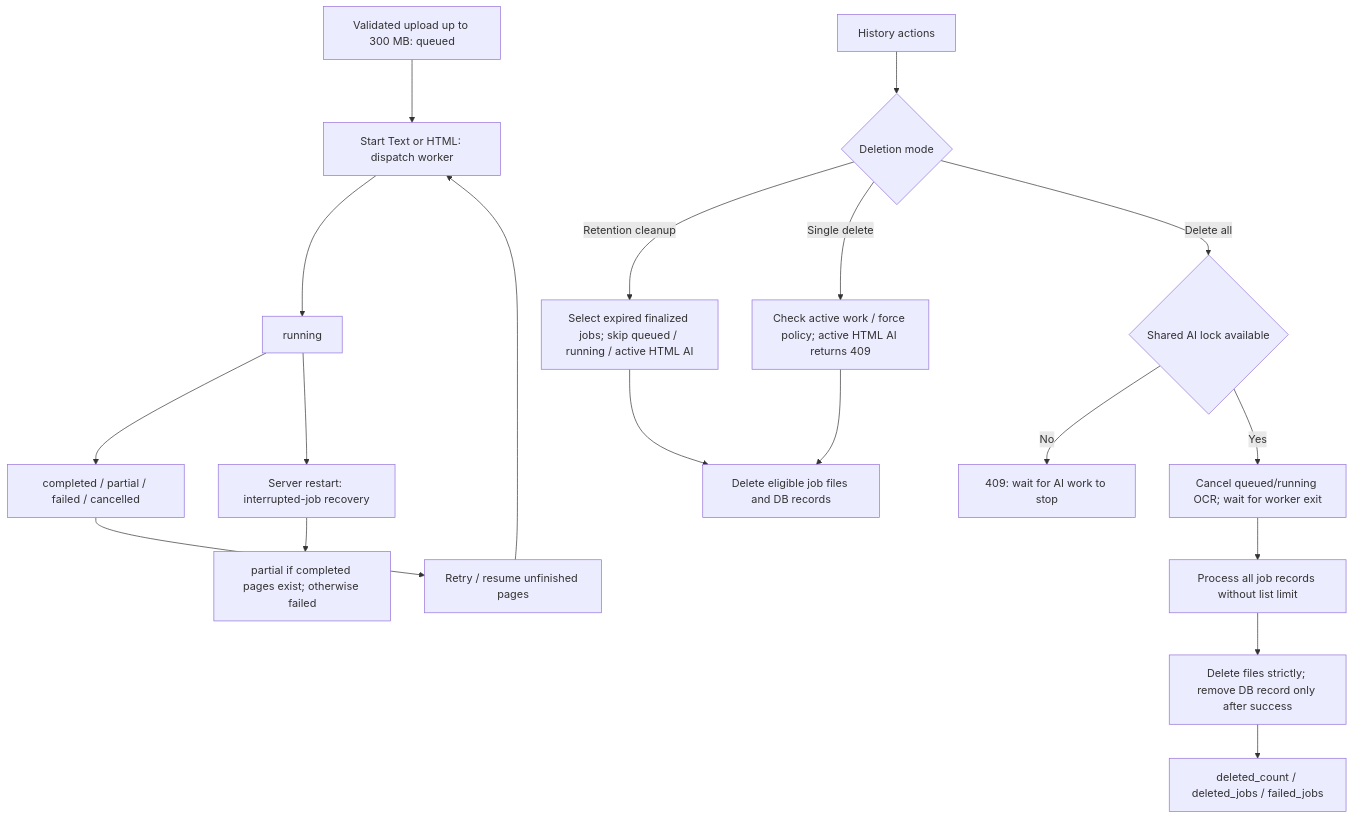
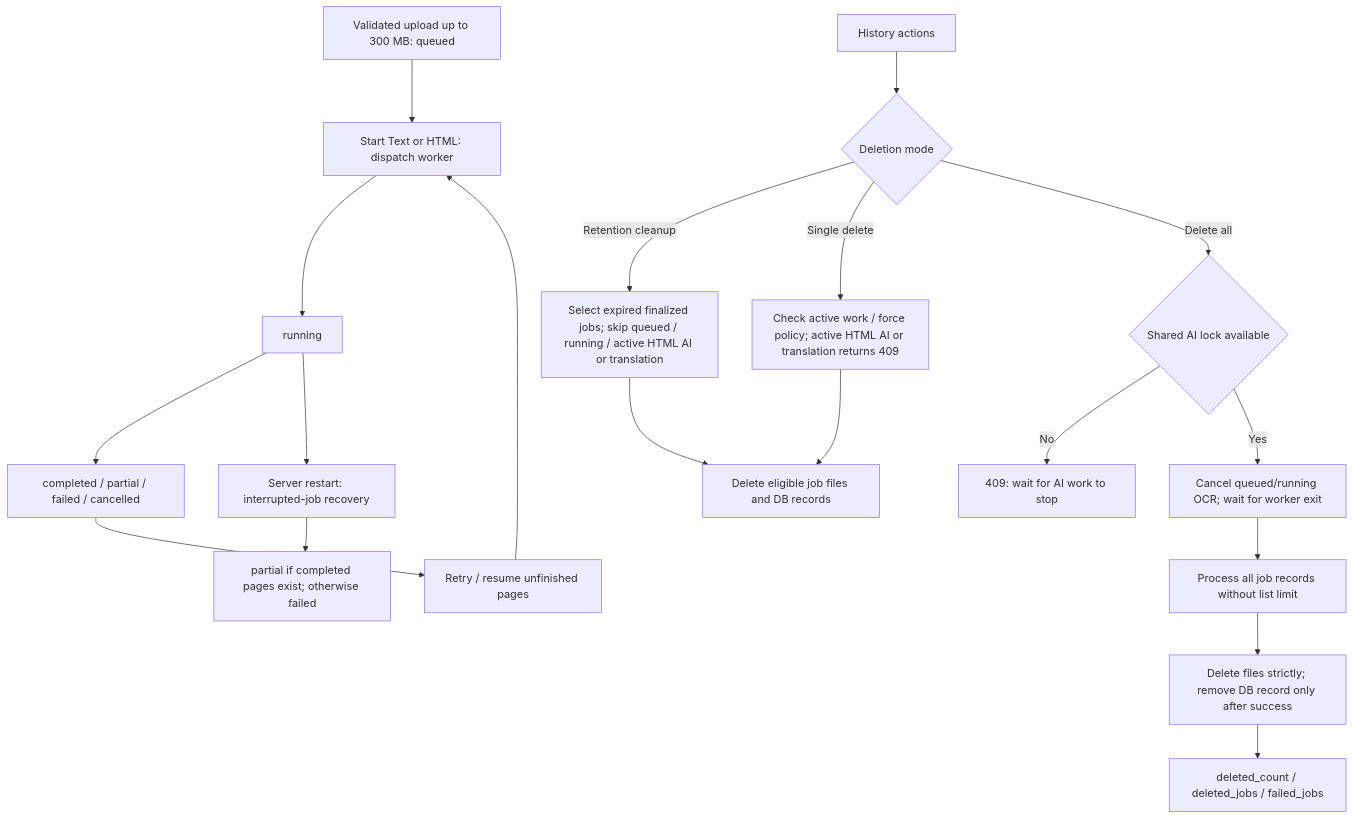
The fourth of 10 diagrams in readme.md (anuwatm/pdf-ocr-studio), drawn with Mermaid before and after one commit. The commit also changed other lines of this file and 62 other files, not shown here.

````diff
--- a/readme.md
+++ b/readme.md
@@ -241,21 +251,21 @@
 ```mermaid
 flowchart TD
     Upload["Validated upload up to 300 MB: queued"] --> Start["Start Text or HTML: dispatch worker"]
     Start --> Running["running"]
     Running --> Done["completed / partial / failed / cancelled"]
     Running --> Restart["Server restart: interrupted-job recovery"]
     Restart --> Recovered["partial if completed pages exist; otherwise failed"]
     Done --> Retry["Retry / resume unfinished pages"]
     Retry --> Start
     History["History actions"] --> Action{"Deletion mode"}
-    Action -->|Retention cleanup| Retention["Select expired finalized jobs; skip queued / running / active HTML AI"]
-    Action -->|Single delete| Single["Check active work / force policy; active HTML AI returns 409"]
+    Action -->|Retention cleanup| Retention["Select expired finalized jobs; skip queued / running / active HTML AI or translation"]
+    Action -->|Single delete| Single["Check active work / force policy; active HTML AI or translation returns 409"]
     Action -->|Delete all| Lock{"Shared AI lock available"}
     Lock -->|No| Busy["409: wait for AI work to stop"]
     Lock -->|Yes| Stop["Cancel queued/running OCR; wait for worker exit"]
     Stop --> All["Process all job records without list limit"]
     All --> Strict["Delete files strictly; remove DB record only after success"]
     Strict --> Report["deleted_count / deleted_jobs / failed_jobs"]
     Retention --> Delete["Delete eligible job files and DB records"]
     Single --> Delete
 ```
````
